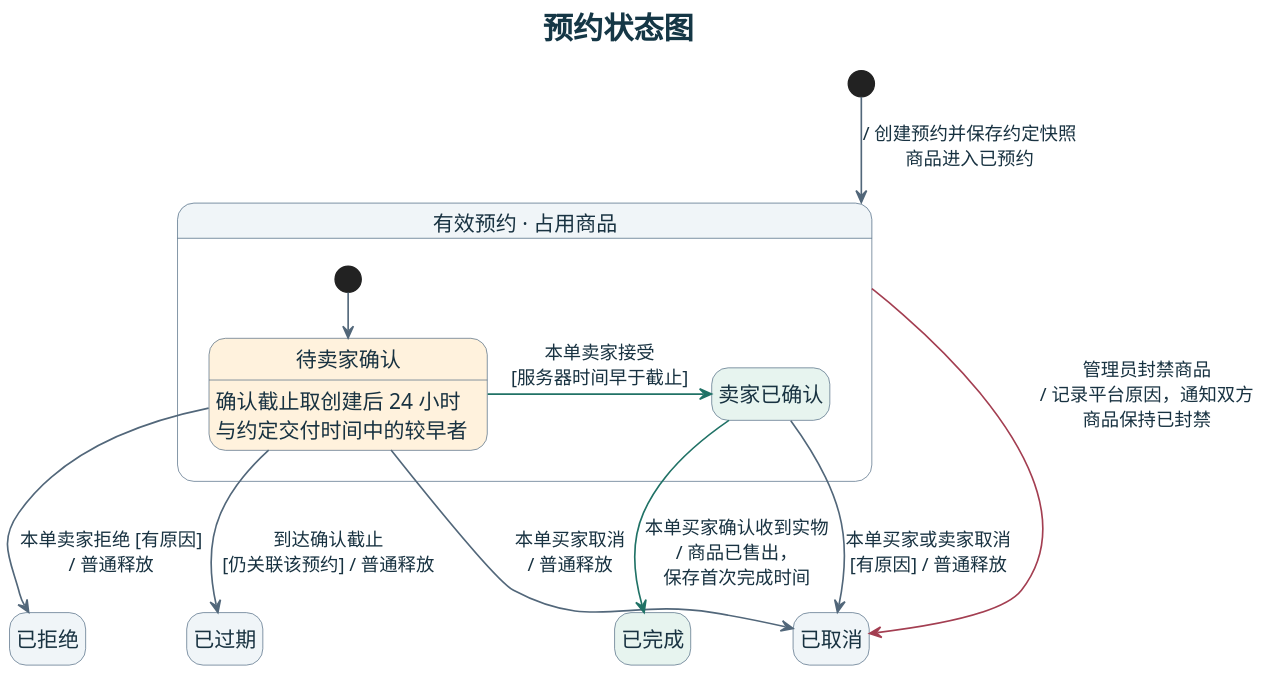
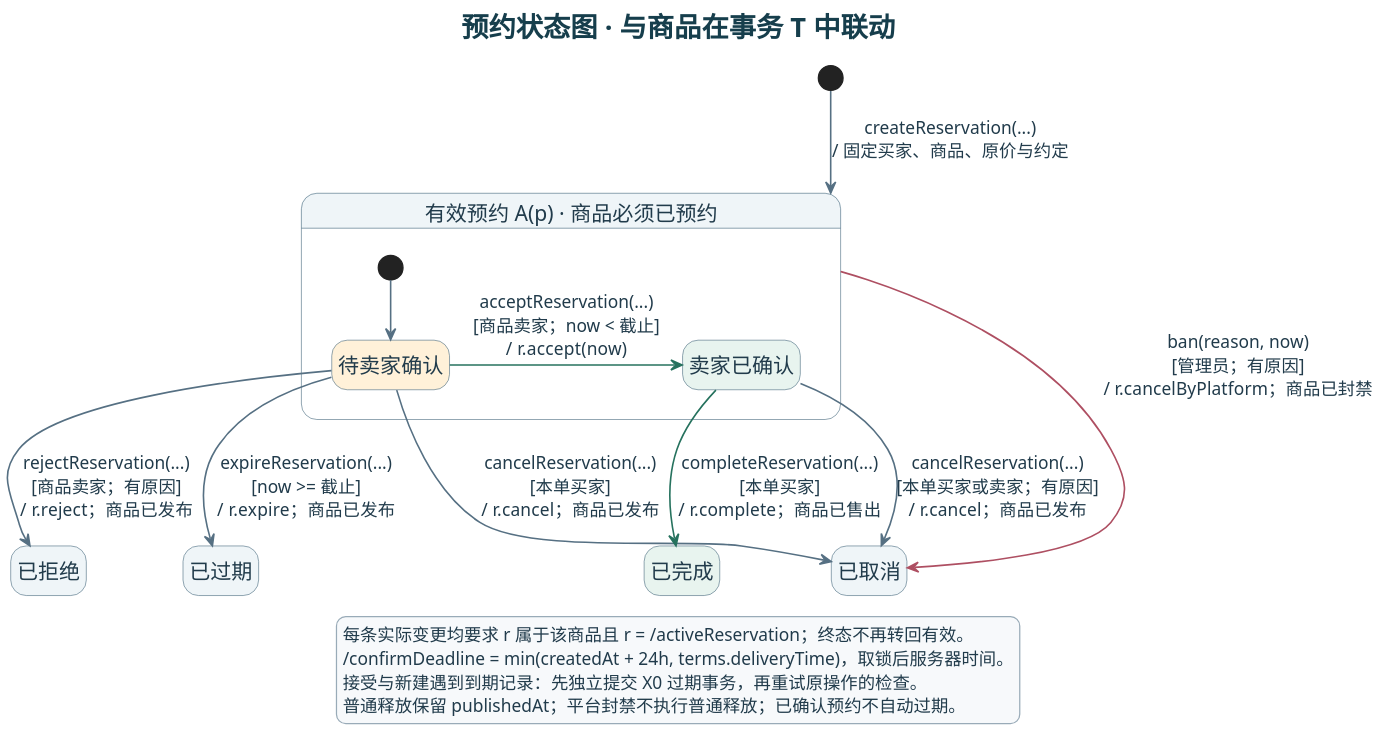
Before and after one commit to gggggg198/secondhand-trading-software: the diagram in 实验二/UML/UML状态图_预约.puml, drawn with PlantUML. The commit also changed 63 other files, not shown here.

```diff
--- a/实验二/UML/UML状态图_预约.puml
+++ b/实验二/UML/UML状态图_预约.puml
@@ -1,43 +1,57 @@
 @startuml
-title 预约状态图
+
+skinparam dpi 170
+skinparam defaultFontName Microsoft YaHei
+skinparam defaultFontColor #213B4B
+skinparam titleFontColor #163E4C
+skinparam titleFontSize 22
+skinparam shadowing false
+skinparam ArrowColor #567083
+skinparam ArrowThickness 1.3
+skinparam nodesep 36
+skinparam ranksep 38
+skinparam noteBackgroundColor #F7F9FB
+skinparam noteBorderColor #99ABB8
+skinparam noteFontSize 13
+skinparam legendBackgroundColor #F7F9FB
+skinparam legendBorderColor #99ABB8
 
 hide empty description
-skinparam dpi 180
-skinparam defaultFontName Microsoft YaHei
-skinparam defaultFontColor #183241
-skinparam titleFontSize 23
-skinparam shadowing false
-skinparam titleFontColor #153746
-skinparam ArrowThickness 1.25
-skinparam nodesep 34
-skinparam ranksep 34
-skinparam stateFontSize 16
+skinparam stateBackgroundColor #EFF5F8
+skinparam stateBorderColor #507084
+skinparam stateFontSize 17
 skinparam stateArrowFontSize 14
-skinparam ArrowColor #52677A
-skinparam stateBackgroundColor #F0F5F8
-skinparam stateBorderColor #45617A
-skinparam stateStartColor #36556F
 
-state "有效预约 · 占用商品" as Active {
-  state "待卖家确认" as Pending #FFF2DD
-  state "卖家已确认" as Confirmed #E7F4EF
-  Pending : 确认截止取创建后 24 小时\n与约定交付时间中的较早者
+title 预约状态图 · 与商品在事务 T 中联动
+
+state "有效预约 A(p) · 商品必须已预约" as Active {
+  state "待卖家确认" as Pending #FFF1D9
+  state "卖家已确认" as Confirmed #E8F4EF
   [*] --> Pending
-  Pending -right[#207266]-> Confirmed : 本单卖家接受\n[服务器时间早于截止]
+  Pending -right[#26725E]-> Confirmed : acceptReservation(...)\n[商品卖家；now < 截止]\n/ r.accept(now)
 }
 state "已拒绝" as Rejected
 state "已过期" as Expired
+state "已完成" as Completed #E8F4EF
 state "已取消" as Cancelled
-state "已完成" as Completed #E7F4EF
 
-[*] --> Active : / 创建预约并保存约定快照\n商品进入已预约
-Pending --> Rejected : 本单卖家拒绝 [有原因]\n/ 普通释放
-Pending --> Expired : 到达确认截止\n[仍关联该预约] / 普通释放
-Pending --> Cancelled : 本单买家取消\n/ 普通释放
-Confirmed --> Cancelled : 本单买家或卖家取消\n[有原因] / 普通释放
-Confirmed -down[#207266]-> Completed : 本单买家确认收到实物\n/ 商品已售出，\n保存首次完成时间
-Active -down[#A33E51]-> Cancelled : 管理员封禁商品\n/ 记录平台原因，通知双方\n商品保持已封禁
+[*] --> Active : createReservation(...)\n/ 固定买家、商品、原价与约定
+Pending --> Rejected : rejectReservation(...)\n[商品卖家；有原因]\n/ r.reject；商品已发布
+Pending --> Expired : expireReservation(...)\n[now >= 截止]\n/ r.expire；商品已发布
+Pending --> Cancelled : cancelReservation(...)\n[本单买家]\n/ r.cancel；商品已发布
+Confirmed --> Cancelled : cancelReservation(...)\n[本单买家或卖家；有原因]\n/ r.cancel；商品已发布
+Confirmed -[#26725E]-> Completed : completeReservation(...)\n[本单买家]\n/ r.complete；商品已售出
+Active -[#AE4F62]-> Cancelled : ban(reason, now)\n[管理员；有原因]\n/ r.cancelByPlatform；商品已封禁
+
 Rejected -right[hidden]-> Expired
 Expired -right[hidden]-> Completed
 Completed -right[hidden]-> Cancelled
+
+legend bottom
+  每条实际变更均要求 r 属于该商品且 r = /activeReservation；终态不再转回有效。
+  /confirmDeadline = min(createdAt + 24h, terms.deliveryTime)，取锁后服务器时间。
+  接受与新建遇到到期记录：先独立提交 X0 过期事务，再重试原操作的检查。
+  普通释放保留 publishedAt；平台封禁不执行普通释放；已确认预约不自动过期。
+endlegend
+
 @enduml
```
